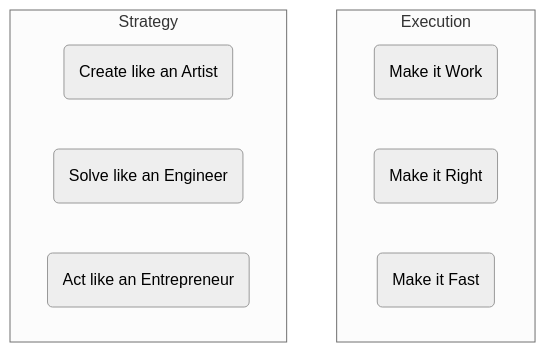
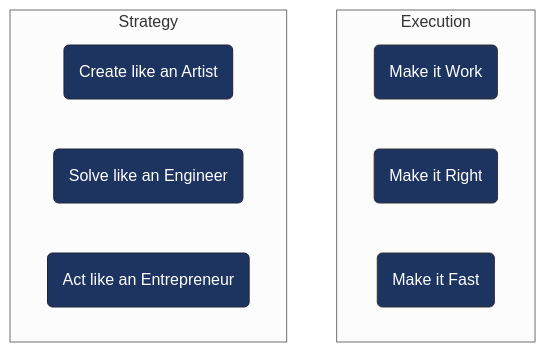
Before and after one commit to DalpatRathore/dalpatrathore: the diagram in README.md, drawn with Mermaid (neutral theme).

Commit message:
Update: Mermaid

````diff
--- a/README.md
+++ b/README.md
@@ -6,17 +6,23 @@
 ```mermaid
   flowchart TB
     
     subgraph Execution
     b1(Make it Work)
     b2(Make it Right)
     b3(Make it Fast)
     end
+    style b1 fill:#1d3461,stroke:#333,stroke-width:1px,color:#fff
+    style b2 fill:#1d3461,stroke:#333,stroke-width:1px,color:#fff
+    style b3 fill:#1d3461,stroke:#333,stroke-width:1px,color:#fff
     
     subgraph Strategy
     c1(Create like an Artist)
     c2(Solve like an Engineer)
     c3(Act like an Entrepreneur)
     end
+    style c1 fill:#1d3461,stroke:#22223b,stroke-width:1px,color:#fff
+    style c2 fill:#1d3461,stroke:#22223b,stroke-width:1px,color:#fff
+    style c3 fill:#1d3461,stroke:#22223b,stroke-width:1px,color:#fff
     
     
 ```
````
